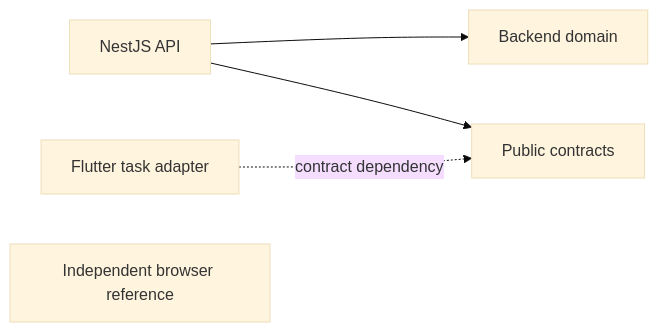
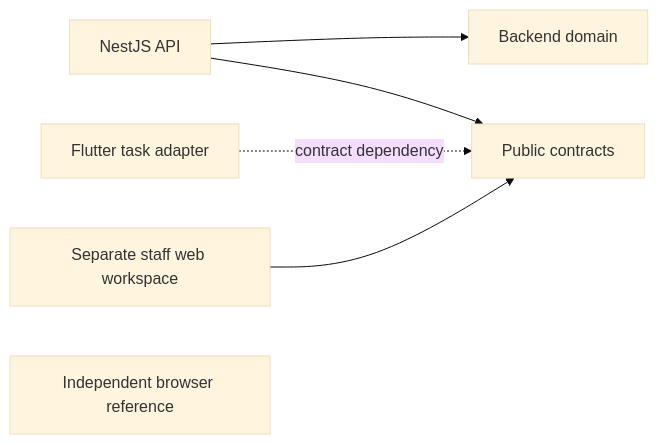
The diagram in docs/Monorepo.md (agilandeenadhayalan/nightshift), drawn with Mermaid (base theme) before and after one commit. The commit also changed other lines of this file and 49 other files, not shown here.

Commit message:
Add separate staff authority and protected session workspace

````diff
--- a/docs/Monorepo.md
+++ b/docs/Monorepo.md
@@ -21,7 +22,8 @@
 ```mermaid
 flowchart LR
   API["NestJS API"] --> DOMAIN["Backend domain"]
   API --> CONTRACTS["Public contracts"]
   MOBILE["Flutter task adapter"] -. "contract dependency" .-> CONTRACTS
+  ADMIN["Separate staff web workspace"] --> CONTRACTS
   AUDIO["Independent browser reference"]
 ```
````
